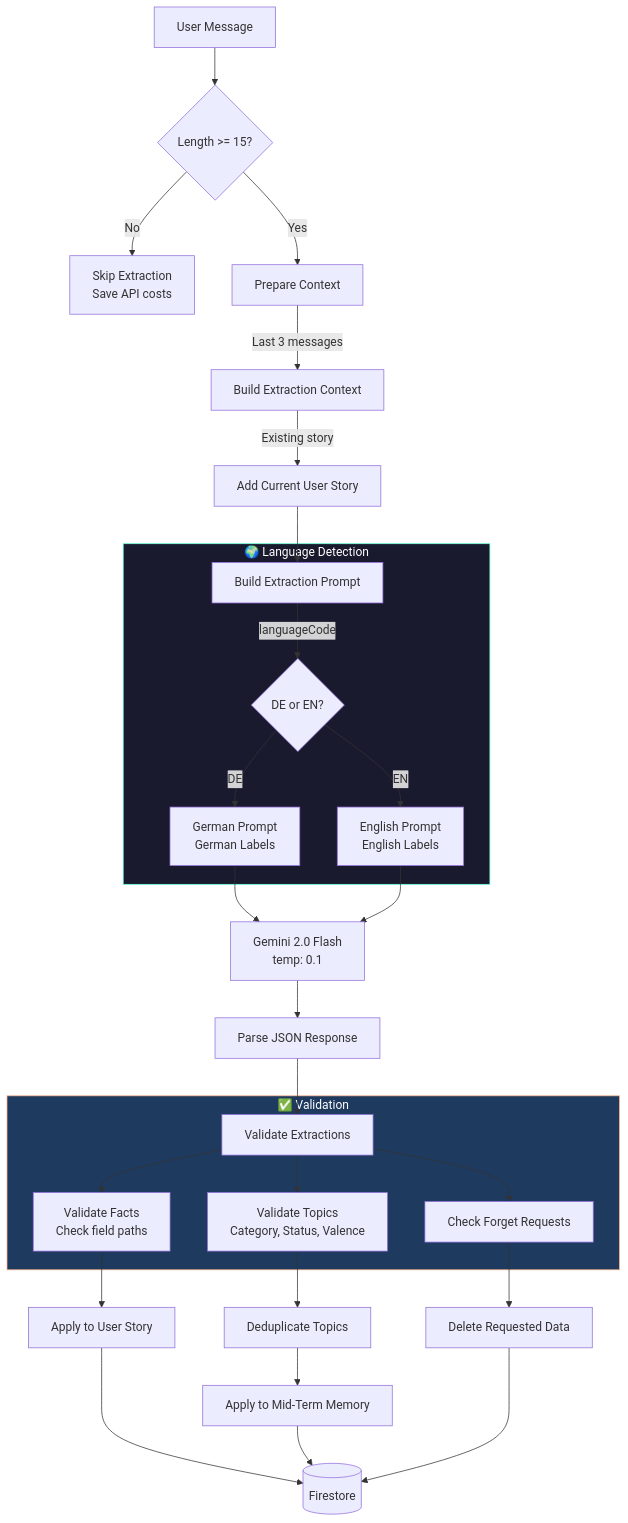
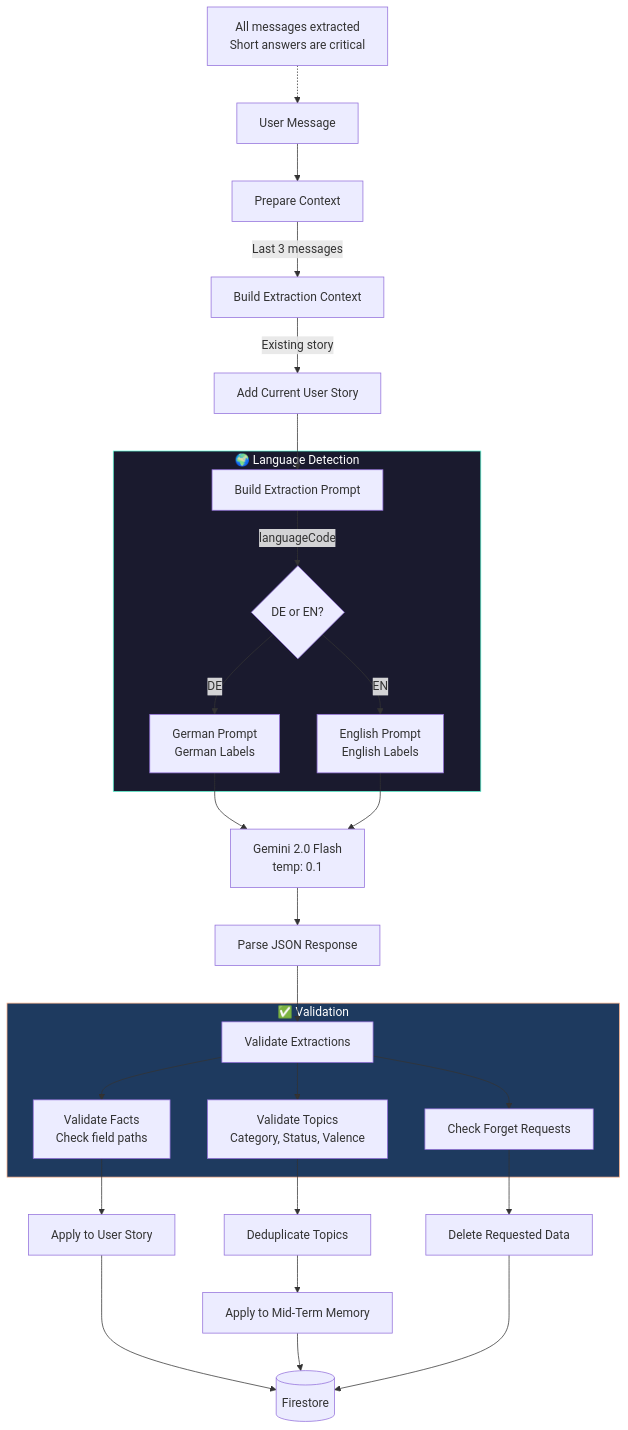
The fifth of 23 diagrams in docs/04-features/chat-system-architecture.md (mulkatz/anchor), drawn with Mermaid before and after one commit. The commit also changed other lines of this file and 1 other file, not shown here.

First line of the commit message:
docs: update extraction docs to reflect all-messages policy

````diff
--- a/docs/04-features/chat-system-architecture.md
+++ b/docs/04-features/chat-system-architecture.md
@@ -224,43 +222,41 @@
 ```mermaid
 flowchart TB
-    Message[User Message] --> LengthCheck{Length >= 15?}
-
-    LengthCheck -->|No| Skip[Skip Extraction<br/>Save API costs]
-    LengthCheck -->|Yes| Prepare[Prepare Context]
+    Message[User Message] --> Prepare[Prepare Context]
+    Note[All messages extracted<br/>Short answers are critical] -.-> Message
 
     Prepare --> |Last 3 messages| Context[Build Extraction Context]
     Context --> |Existing story| AddStory[Add Current User Story]
     AddStory --> Prompt[Build Extraction Prompt]
 
     subgraph Localization["🌍 Language Detection"]
         Prompt --> |languageCode| LangCheck{DE or EN?}
         LangCheck -->|DE| DEPrompt[German Prompt<br/>German Labels]
         LangCheck -->|EN| ENPrompt[English Prompt<br/>English Labels]
     end
 
     DEPrompt --> Gemini[Gemini 2.0 Flash<br/>temp: 0.1]
     ENPrompt --> Gemini
 
     Gemini --> Parse[Parse JSON Response]
 
     Parse --> Validate[Validate Extractions]
 
     subgraph Validation["✅ Validation"]
         Validate --> ValidateFacts[Validate Facts<br/>Check field paths]
         Validate --> ValidateTopics[Validate Topics<br/>Category, Status, Valence]
         Validate --> ValidateForget[Check Forget Requests]
     end
 
     ValidateFacts --> ApplyFacts[Apply to User Story]
     ValidateTopics --> Dedup[Deduplicate Topics]
     ValidateForget --> DeleteData[Delete Requested Data]
 
     Dedup --> ApplyTopics[Apply to Mid-Term Memory]
 
     ApplyFacts --> Firestore[(Firestore)]
     ApplyTopics --> Firestore
     DeleteData --> Firestore
 
     style Localization fill:#1a1a2e,stroke:#64FFDA,color:#fff
     style Validation fill:#1e3a5f,stroke:#FFB38A,color:#fff
 ```
````
